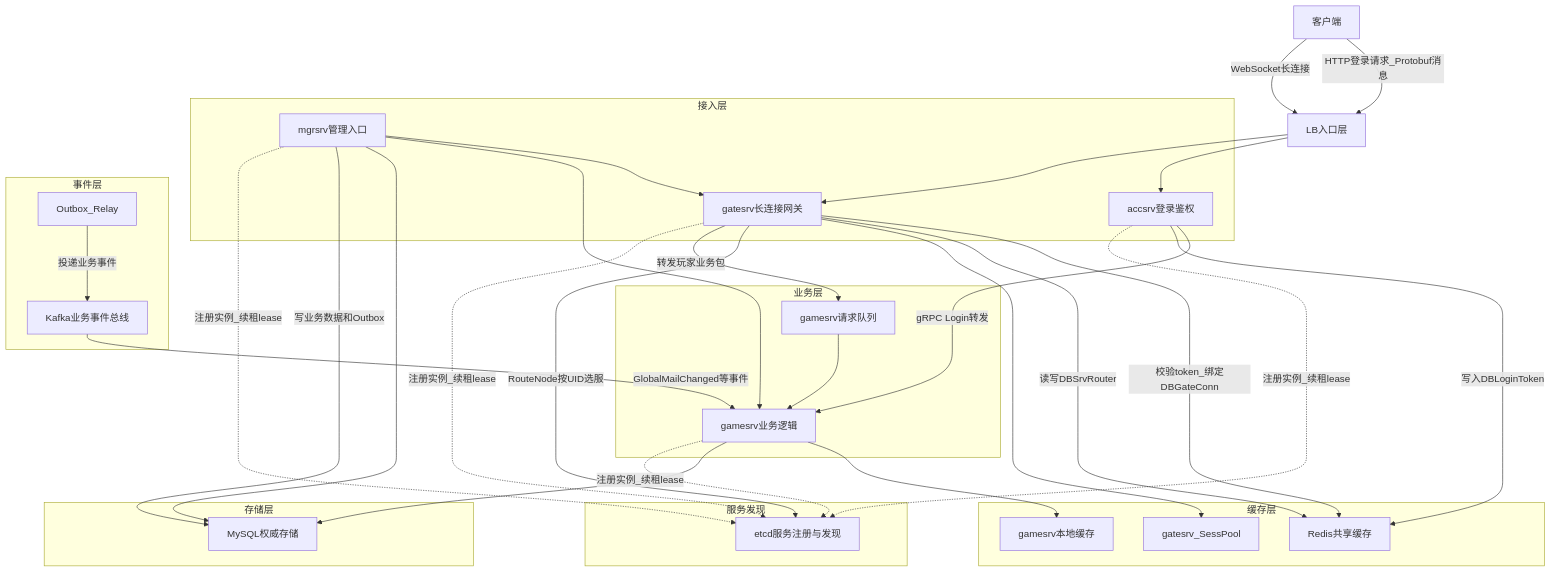
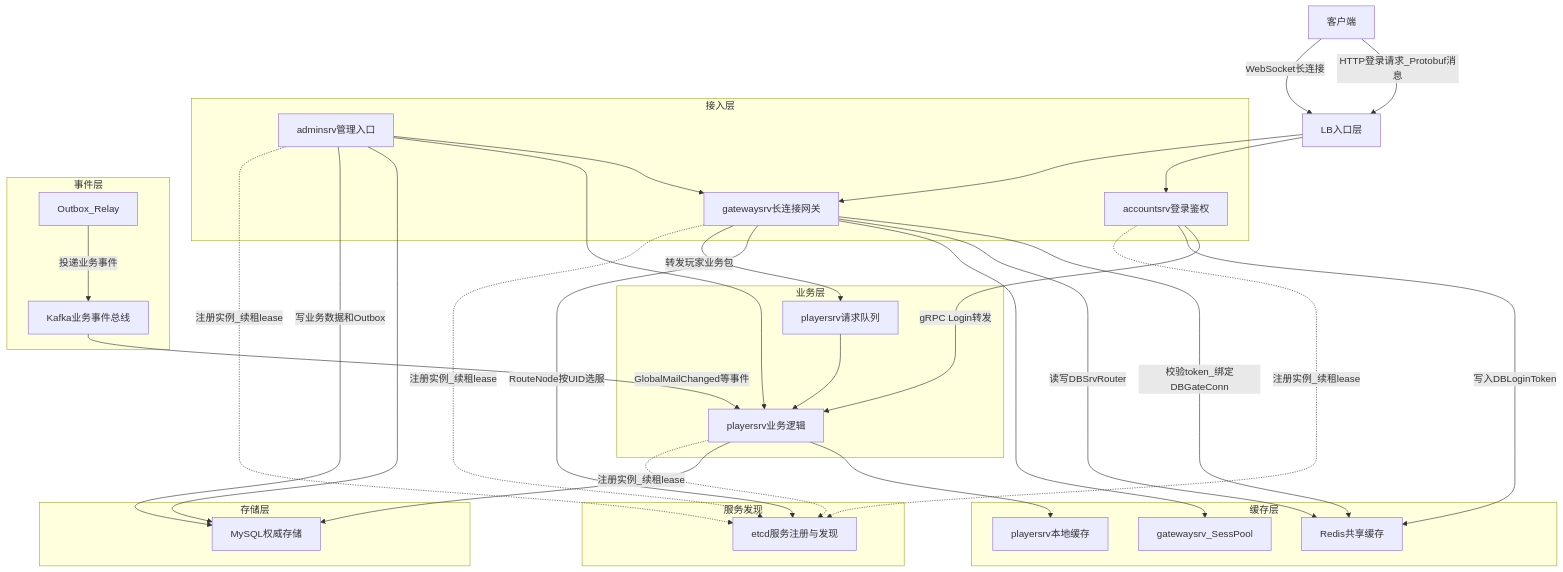
The diagram in docs/server-architecture.md (zhanglei19960726/globalmail), drawn with Mermaid before and after one commit. The commit also changed other lines of this file and 114 other files, not shown here.

````diff
--- a/docs/server-architecture.md
+++ b/docs/server-architecture.md
@@ -24,62 +24,62 @@
 ```mermaid
 flowchart TD
     client[客户端] -->|"HTTP登录请求_Protobuf消息"| lb[LB入口层]
     client -->|"WebSocket长连接"| lb
 
     subgraph accessLayer [接入层]
-        acc[accsrv登录鉴权]
-        gate[gatesrv长连接网关]
-        mgr[mgrsrv管理入口]
+        acc[accountsrv登录鉴权]
+        gate[gatewaysrv长连接网关]
+        mgr[adminsrv管理入口]
     end
 
     subgraph logicLayer [业务层]
-        reqQueue[gamesrv请求队列]
-        game[gamesrv业务逻辑]
+        reqQueue[playersrv请求队列]
+        game[playersrv业务逻辑]
     end
 
     subgraph discoveryLayer [服务发现]
         etcd[etcd服务注册与发现]
     end
 
     subgraph cacheLayer [缓存层]
-        gateMem[gatesrv_SessPool]
-        gameMem[gamesrv本地缓存]
+        gateMem[gatewaysrv_SessPool]
+        gameMem[playersrv本地缓存]
         redis[Redis共享缓存]
     end
 
     subgraph eventLayer [事件层]
         outbox[Outbox_Relay]
         kafka[Kafka业务事件总线]
     end
 
     subgraph storageLayer [存储层]
         mysql[MySQL权威存储]
     end
 
     lb --> acc
     lb --> gate
     mgr --> gate
     mgr --> game
 
     acc -->|"gRPC Login转发"| game
     acc -->|"写入DBLoginToken"| redis
     gate -->|"校验token_绑定DBGateConn"| redis
     gate -->|"读写DBSrvRouter"| redis
     gate --> gateMem
 
     gate -->|"RouteNode按UID选服"| etcd
     gate -->|"转发玩家业务包"| reqQueue
     reqQueue --> game
     game --> gameMem
 
     game --> mysql
     mgr --> mysql
     mgr -->|"写业务数据和Outbox"| mysql
     outbox -->|"投递业务事件"| kafka
     kafka -->|"GlobalMailChanged等事件"| game
 
     acc -.->|"注册实例_续租lease"| etcd
     gate -.->|"注册实例_续租lease"| etcd
     game -.->|"注册实例_续租lease"| etcd
     mgr -.->|"注册实例_续租lease"| etcd
 ```
````
